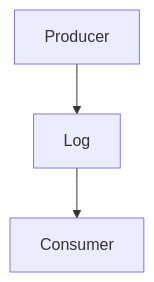
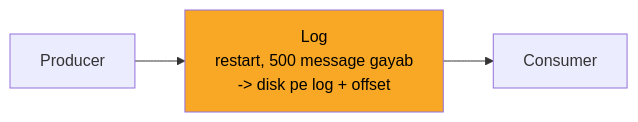
One commit to ArpanMaheshwari144/Prep changed the second of 12 diagrams in 04_HLD/SYSTEM_DESIGNS/12_message_queue_kafka/12_message_queue_kafka.md. Above: the diagram before and after it, drawn with Mermaid. The commit also changed other lines of this file and 2 other files, not shown here.

Commit message:
docs, kafka, banking: one-day story, short cards, follow-ups with rules, highlighted diagrams

````diff
--- a/04_HLD/SYSTEM_DESIGNS/12_message_queue_kafka/12_message_queue_kafka.md
+++ b/04_HLD/SYSTEM_DESIGNS/12_message_queue_kafka/12_message_queue_kafka.md
@@ -77,8 +91,9 @@
 ```mermaid
-flowchart TD
-    n_Producer["Producer"]
-    n_Log["Log"]
-    n_Consumer["Consumer"]
-    n_Producer --> n_Log
-    n_Log --> n_Consumer
+flowchart LR
+    n_P["Producer"]
+    n_L["Log<br/>restart, 500 message gayab<br/>-> disk pe log + offset"]
+    n_C["Consumer"]
+    n_P --> n_L
+    n_L --> n_C
+    style n_L fill:#f9a825,color:#000
 ```
````
